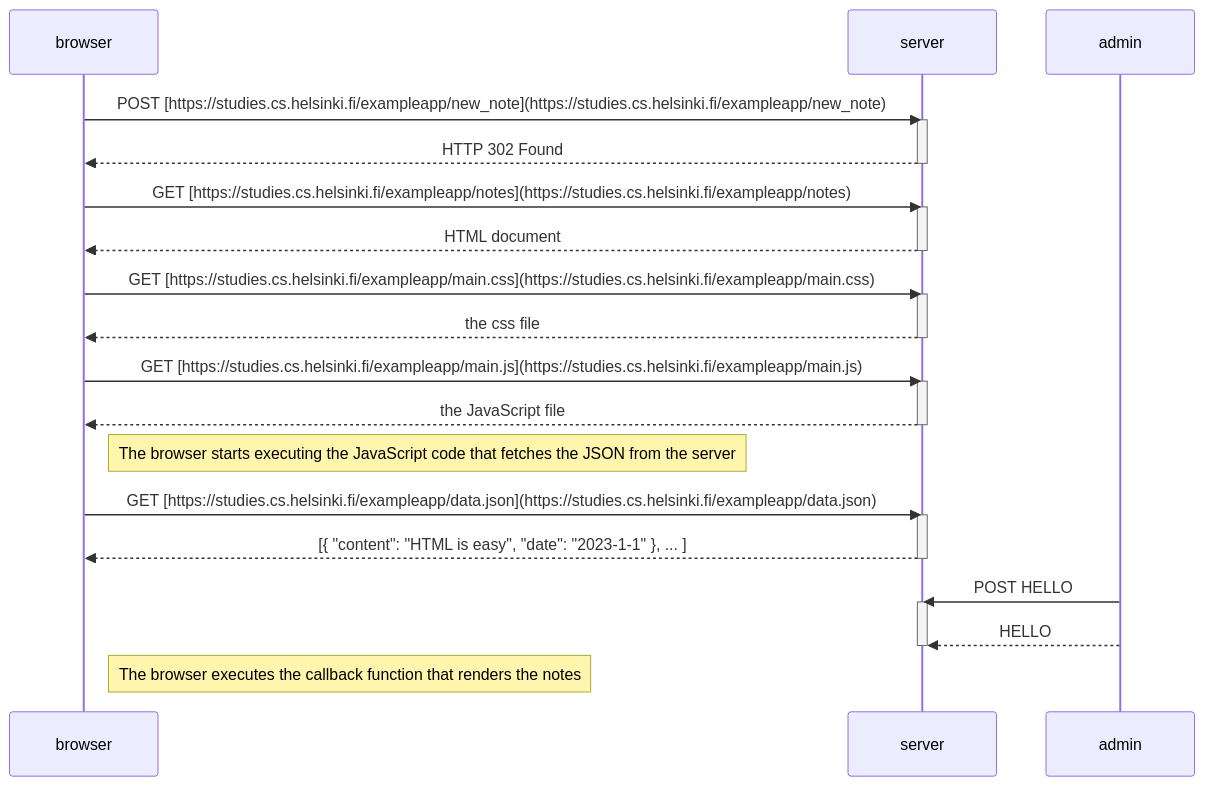
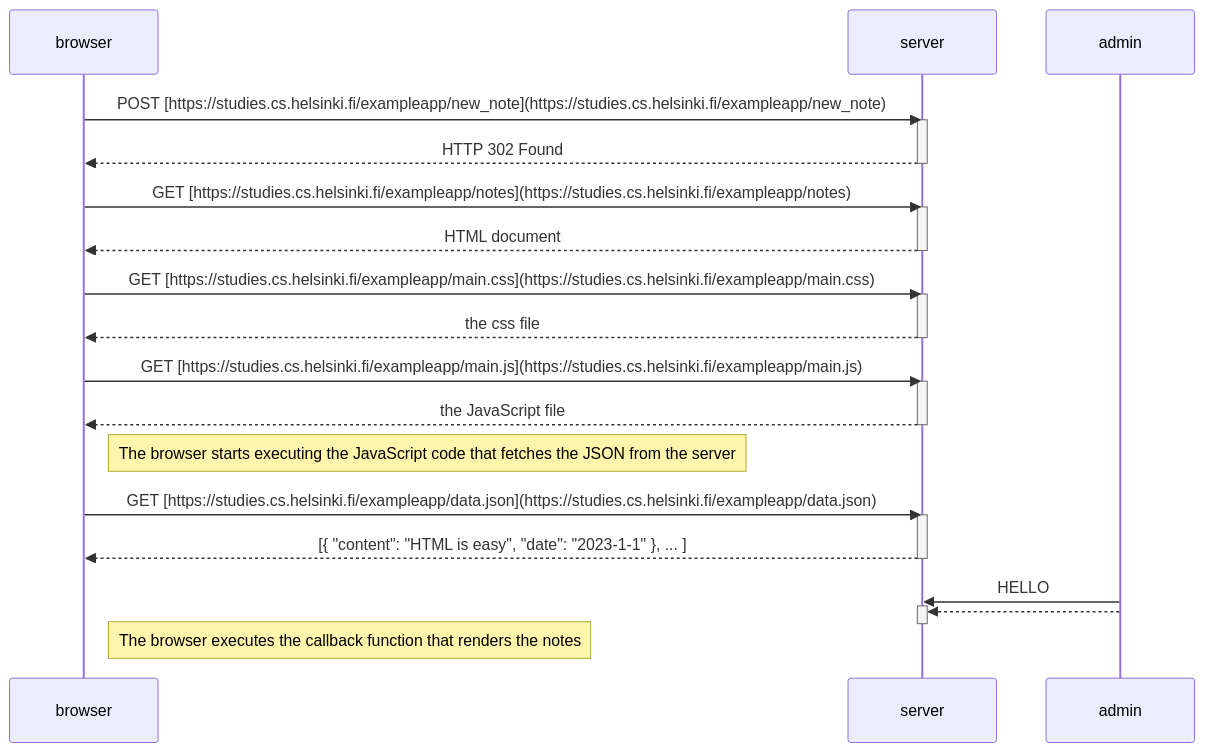
The diagram in part0/0.4.md (ARTHUR-MORGAN2004/fullstackopen), drawn with Mermaid before and after one commit.

````diff
--- a/part0/0.4.md
+++ b/part0/0.4.md
@@ -1,40 +1,40 @@
 ```mermaid
 sequenceDiagram
     participant browser
     participant server
     participant admin
 
     browser->>server: POST [https://studies.cs.helsinki.fi/exampleapp/new_note](https://studies.cs.helsinki.fi/exampleapp/new_note)
     activate server
     server-->>browser: HTTP 302 Found
     deactivate server
 
     browser->>server: GET [https://studies.cs.helsinki.fi/exampleapp/notes](https://studies.cs.helsinki.fi/exampleapp/notes)
     activate server
     server-->>browser: HTML document
     deactivate server
 
     browser->>server: GET [https://studies.cs.helsinki.fi/exampleapp/main.css](https://studies.cs.helsinki.fi/exampleapp/main.css)
     activate server
     server-->>browser: the css file
     deactivate server
 
     browser->>server: GET [https://studies.cs.helsinki.fi/exampleapp/main.js](https://studies.cs.helsinki.fi/exampleapp/main.js)
     activate server
     server-->>browser: the JavaScript file
     deactivate server
 
     Note right of browser: The browser starts executing the JavaScript code that fetches the JSON from the server
 
     browser->>server: GET [https://studies.cs.helsinki.fi/exampleapp/data.json](https://studies.cs.helsinki.fi/exampleapp/data.json)
     activate server
     server-->>browser: [{ "content": "HTML is easy", "date": "2023-1-1" }, ... ]
     deactivate server
 
-    admin->>server: POST HELLO
+    admin->>server:  HELLO
     activate server
-    admin-->>server: HELLO
+    admin-->>server:
     deactivate server
 
     Note right of browser: The browser executes the callback function that renders the notes
 ```
````
